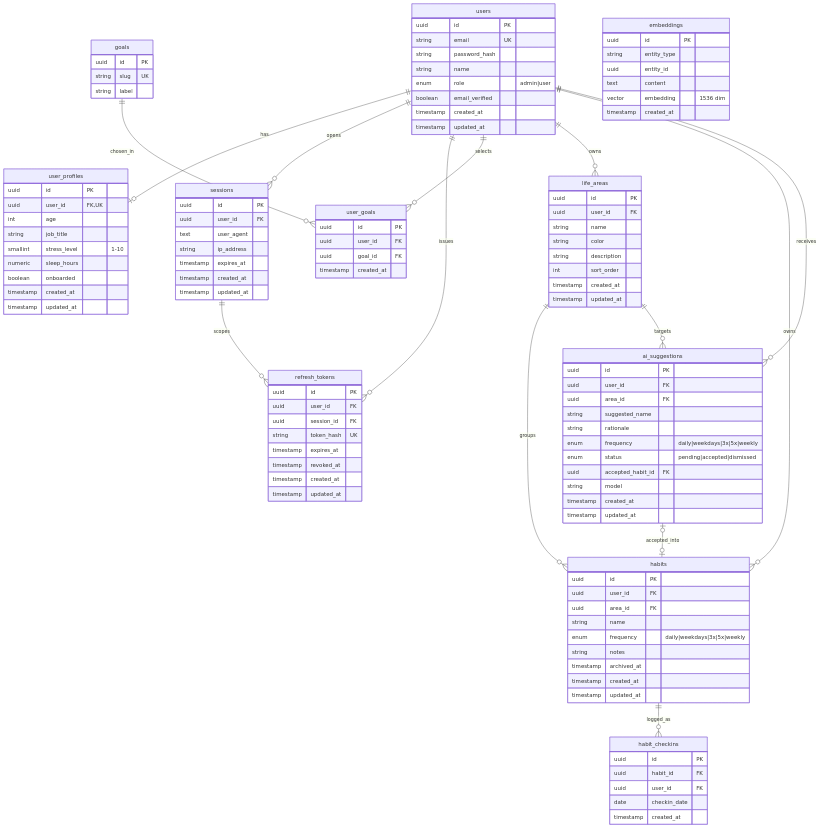
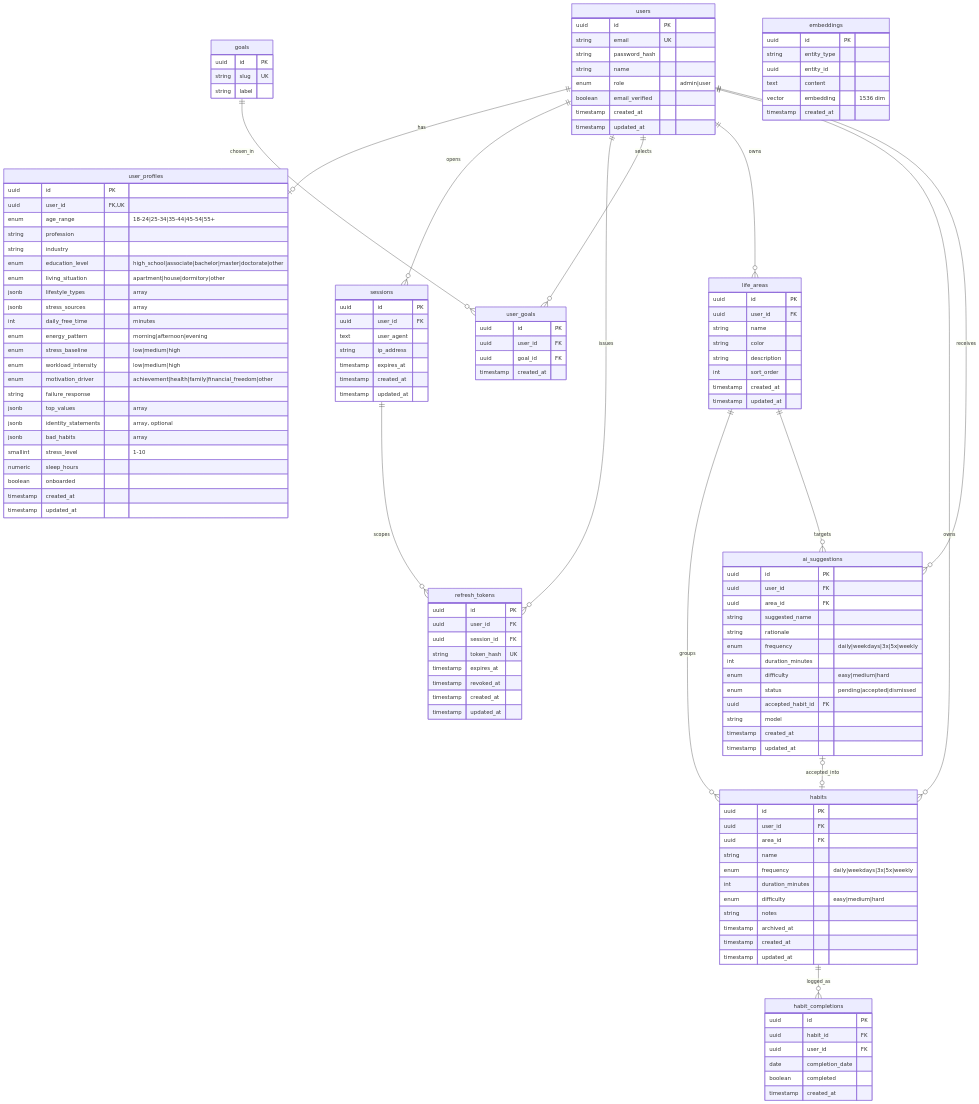
One commit to MoustafaWehbe/onramp-fp-lifepulse-app changed the diagram in docs/ERD.md. Above: the diagram before and after it, drawn with Mermaid. The commit also changed other lines of this file and 12 other files, not shown here.

Commit message:
feat: add shared sequelize models. erd updates, dashboard logo fix

```diff
--- a/docs/ERD.md
+++ b/docs/ERD.md
@@ -37,7 +37,7 @@
     users ||--o{ life_areas : owns
     life_areas ||--o{ habits : groups
     users ||--o{ habits : owns
-    habits ||--o{ habit_checkins : logged_as
+    habits ||--o{ habit_completions : logged_as
     users ||--o{ ai_suggestions : receives
     life_areas ||--o{ ai_suggestions : targets
     ai_suggestions |o--o| habits : accepted_into
@@ -55,8 +55,22 @@
     user_profiles {
         uuid id PK
         uuid user_id FK,UK
-        int age
-        string job_title
+        enum age_range "18-24|25-34|35-44|45-54|55+"
+        string profession
+        string industry
+        enum education_level "high_school|associate|bachelor|master|doctorate|other"
+        enum living_situation "apartment|house|dormitory|other"
+        jsonb lifestyle_types "array"
+        jsonb stress_sources "array"
+        int daily_free_time "minutes"
+        enum energy_pattern "morning|afternoon|evening"
+        enum stress_baseline "low|medium|high"
+        enum workload_intensity "low|medium|high"
+        enum motivation_driver "achievement|health|family|financial_freedom|other"
+        string failure_response
+        jsonb top_values "array"
+        jsonb identity_statements "array, optional"
+        jsonb bad_habits "array"
         smallint stress_level "1-10"
         numeric sleep_hours
         boolean onboarded
@@ -90,16 +104,19 @@
         uuid area_id FK
         string name
         enum frequency "daily|weekdays|3x|5x|weekly"
+        int duration_minutes
+        enum difficulty "easy|medium|hard"
         string notes
         timestamp archived_at
         timestamp created_at
         timestamp updated_at
     }
-    habit_checkins {
+    habit_completions {
         uuid id PK
         uuid habit_id FK
         uuid user_id FK
-        date checkin_date
+        date completion_date
+        boolean completed
         timestamp created_at
     }
     ai_suggestions {
@@ -109,6 +126,8 @@
         string suggested_name
         string rationale
         enum frequency "daily|weekdays|3x|5x|weekly"
+        int duration_minutes
+        enum difficulty "easy|medium|hard"
         enum status "pending|accepted|dismissed"
         uuid accepted_habit_id FK
         string model
```
